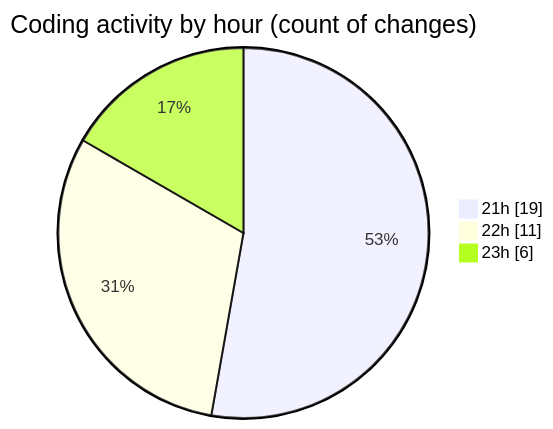
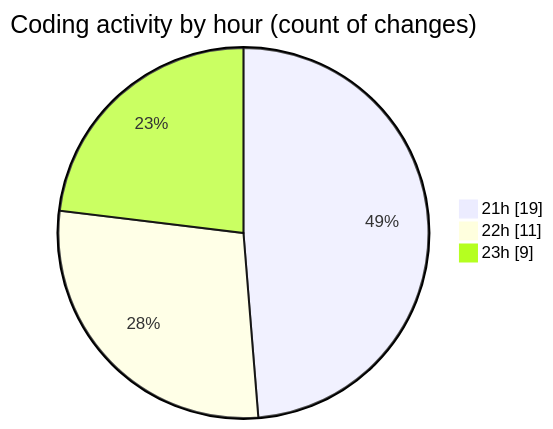
The second of 2 diagrams in 2025-01-14/github-activity-tracker/README.md (momahboobian/code-tracking), drawn with Mermaid before and after one commit. The commit also changed other lines of this file and 1 other file, not shown here.

````diff
--- a/2025-01-14/github-activity-tracker/README.md
+++ b/2025-01-14/github-activity-tracker/README.md
@@ -33,7 +33,7 @@
 ```mermaid
 pie showData
 title Coding activity by hour (count of changes)
 "21h" : 19
 "22h" : 11
-"23h" : 6
+"23h" : 9
 ```
````
